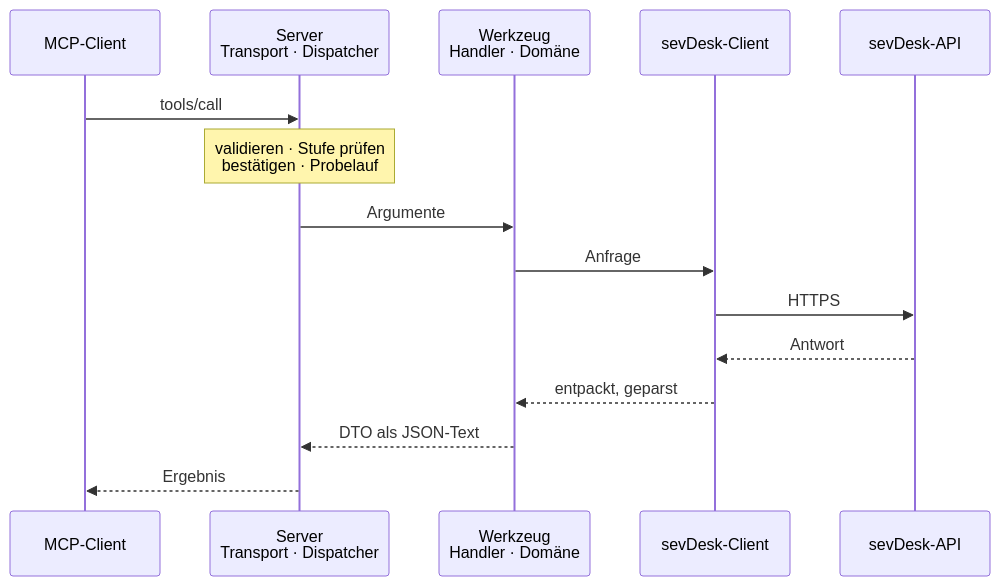
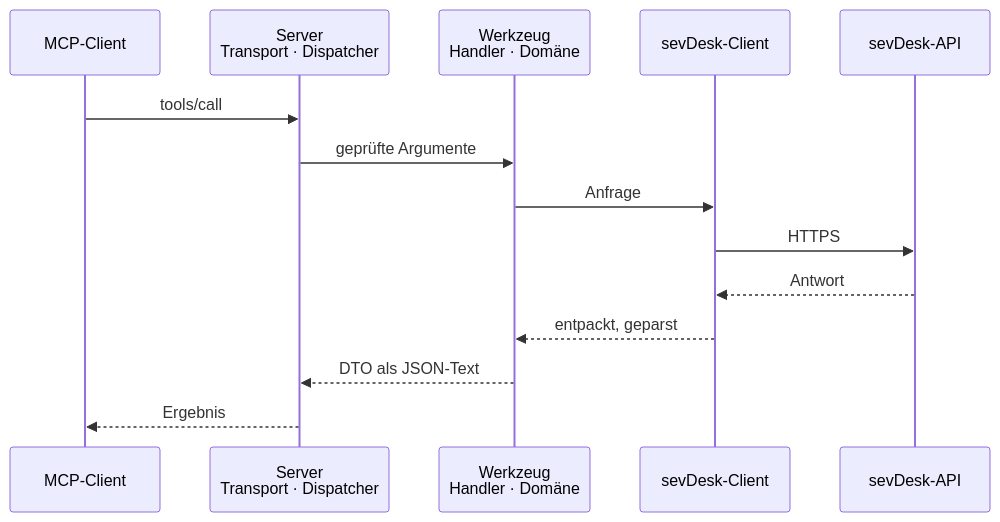
The diagram in docs/architecture.de.md (jaylann/mcp-server-sevdesk), drawn with Mermaid before and after one commit. The commit also changed other lines of this file and 1 other file, not shown here.

Commit message:
docs: name the dispatcher's checks in the lifecycle's message
The diagram renderer drew the two-line note narrower than its text; the message now says the arguments are checked, and the steps below the diagram list the checks.

````diff
--- a/docs/architecture.de.md
+++ b/docs/architecture.de.md
@@ -144,17 +144,16 @@
 ```mermaid
 sequenceDiagram
   participant C as MCP-Client
   participant D as Server<br/>Transport · Dispatcher
   participant H as Werkzeug<br/>Handler · Domäne
   participant K as sevDesk-Client
   participant A as sevDesk-API
   C->>D: tools/call
-  Note over D: validieren · Stufe prüfen<br/>bestätigen · Probelauf
-  D->>H: Argumente
+  D->>H: geprüfte Argumente
   H->>K: Anfrage
   K->>A: HTTPS
   A-->>K: Antwort
   K-->>H: entpackt, geparst
   H-->>D: DTO als JSON-Text
   D-->>C: Ergebnis
 ```
````
